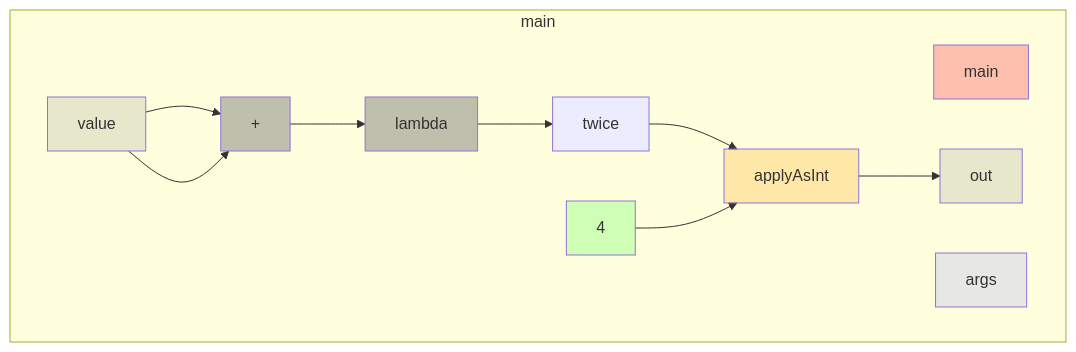
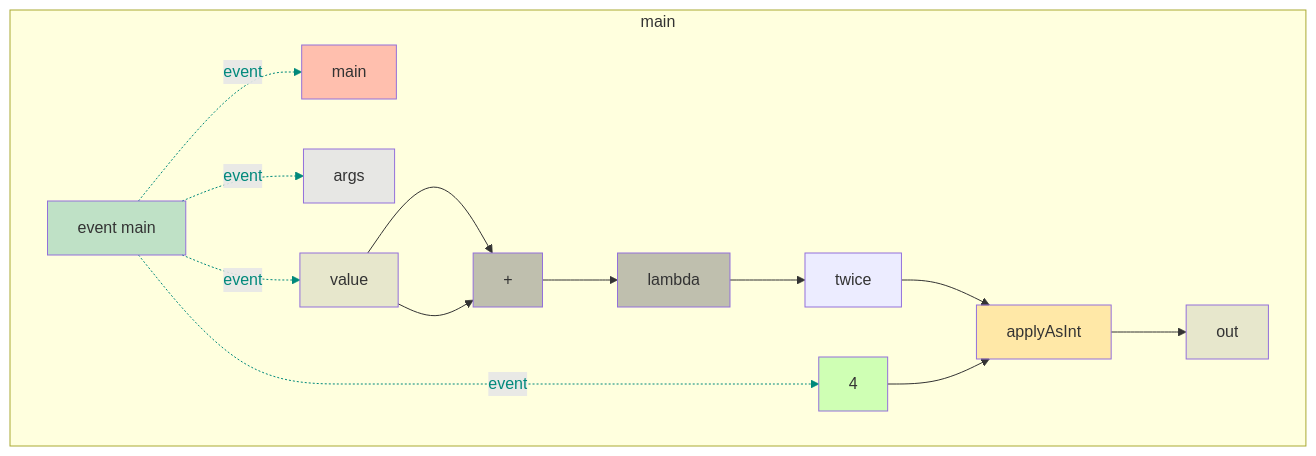
Before and after one commit to gstiebler/codeflow: the diagram in app/src/test/resources/statementLambda/snapshot.md, drawn with Mermaid. The commit also changed 77 other files, not shown here.

````diff
--- a/app/src/test/resources/statementLambda/snapshot.md
+++ b/app/src/test/resources/statementLambda/snapshot.md
@@ -1,28 +1,38 @@
 ```mermaid
 flowchart TD
   subgraph b0["main"]
-    n1[main]:::RETURN
-    n2[args]:::FUNC_PARAM
-    n3[value]:::VARIABLE
-    n4[+]:::BIN_OP
-    n5[lambda]:::BIN_OP
-    n6[twice]:::OBJ_VARIABLE
-    n7[4]:::LITERAL
-    n8[applyAsInt]:::EXTERNAL
-    n9[out]:::VARIABLE
-    n3[value]:::VARIABLE --> n4[+]:::BIN_OP
-    n3[value]:::VARIABLE --> n4[+]:::BIN_OP
-    n4[+]:::BIN_OP --> n5[lambda]:::BIN_OP
-    n5[lambda]:::BIN_OP --> n6[twice]:::OBJ_VARIABLE
-    n6[twice]:::OBJ_VARIABLE --> n8[applyAsInt]:::EXTERNAL
-    n7[4]:::LITERAL --> n8[applyAsInt]:::EXTERNAL
-    n8[applyAsInt]:::EXTERNAL --> n9[out]:::VARIABLE
+    n1[event main]:::EVENT
+    n2[main]:::RETURN
+    n3[args]:::FUNC_PARAM
+    n4[value]:::VARIABLE
+    n5[+]:::BIN_OP
+    n6[lambda]:::BIN_OP
+    n7[twice]:::OBJ_VARIABLE
+    n8[4]:::LITERAL
+    n9[applyAsInt]:::EXTERNAL
+    n10[out]:::VARIABLE
+    n1[event main]:::EVENT -. event .-> n2[main]:::RETURN
+    n1[event main]:::EVENT -. event .-> n3[args]:::FUNC_PARAM
+    n1[event main]:::EVENT -. event .-> n4[value]:::VARIABLE
+    n1[event main]:::EVENT -. event .-> n8[4]:::LITERAL
+    n4[value]:::VARIABLE --> n5[+]:::BIN_OP
+    n4[value]:::VARIABLE --> n5[+]:::BIN_OP
+    n5[+]:::BIN_OP --> n6[lambda]:::BIN_OP
+    n6[lambda]:::BIN_OP --> n7[twice]:::OBJ_VARIABLE
+    n7[twice]:::OBJ_VARIABLE --> n9[applyAsInt]:::EXTERNAL
+    n8[4]:::LITERAL --> n9[applyAsInt]:::EXTERNAL
+    n9[applyAsInt]:::EXTERNAL --> n10[out]:::VARIABLE
   end
+  linkStyle 0 stroke:#00897b,color:#00897b
+  linkStyle 1 stroke:#00897b,color:#00897b
+  linkStyle 2 stroke:#00897b,color:#00897b
+  linkStyle 3 stroke:#00897b,color:#00897b
   classDef LITERAL fill:#00FF0030
   classDef VARIABLE fill:#80808030
   classDef BIN_OP fill:#80808080
   classDef FUNC_PARAM fill:#8080FF30
   classDef RETURN fill:#FF808080
   classDef EXTERNAL fill:#FFA50040
   classDef UNMODELLED fill:#FF000030,stroke-dasharray: 4 2
+  classDef EVENT fill:#00897B40
 ```
````
